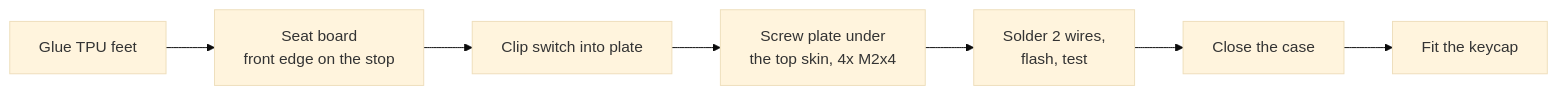
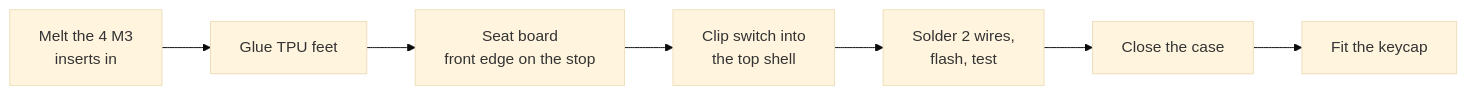
The diagram in docs/guide/assembly.md (szaghi/dais), drawn with Mermaid (base theme) before and after one commit. The commit also changed other lines of this file and 168 other files, not shown here.

````diff
--- a/docs/guide/assembly.md
+++ b/docs/guide/assembly.md
@@ -31,9 +35,9 @@
 ```mermaid
 flowchart LR
-  A[Glue TPU feet] --> B[Seat board<br/>front edge on the stop]
-  B --> C[Clip switch into plate]
-  C --> D[Screw plate under<br/>the top skin, 4x M2x4]
-  D --> E[Solder 2 wires,<br/>flash, test]
+  I[Melt the 4 M3<br/>inserts in] --> A[Glue TPU feet]
+  A --> B[Seat board<br/>front edge on the stop]
+  B --> C[Clip switch into<br/>the top shell]
+  C --> E[Solder 2 wires,<br/>flash, test]
   E --> F[Close the case]
   F --> G[Fit the keycap]
 ```
````
